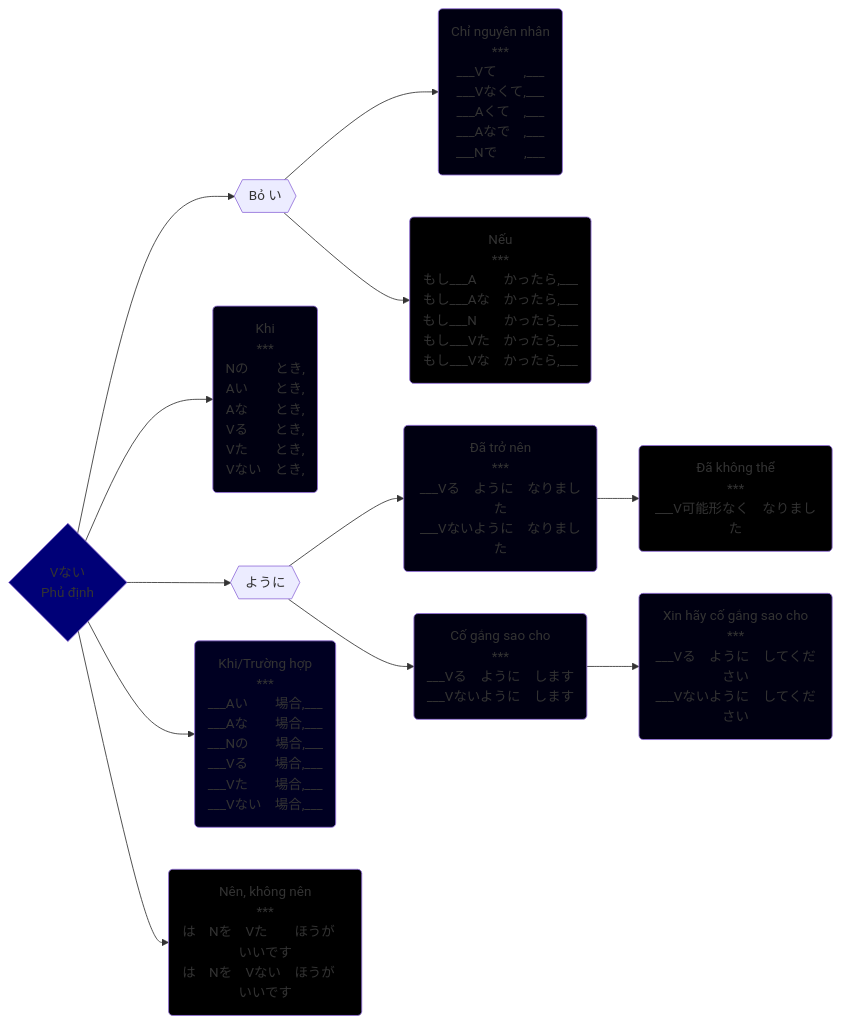
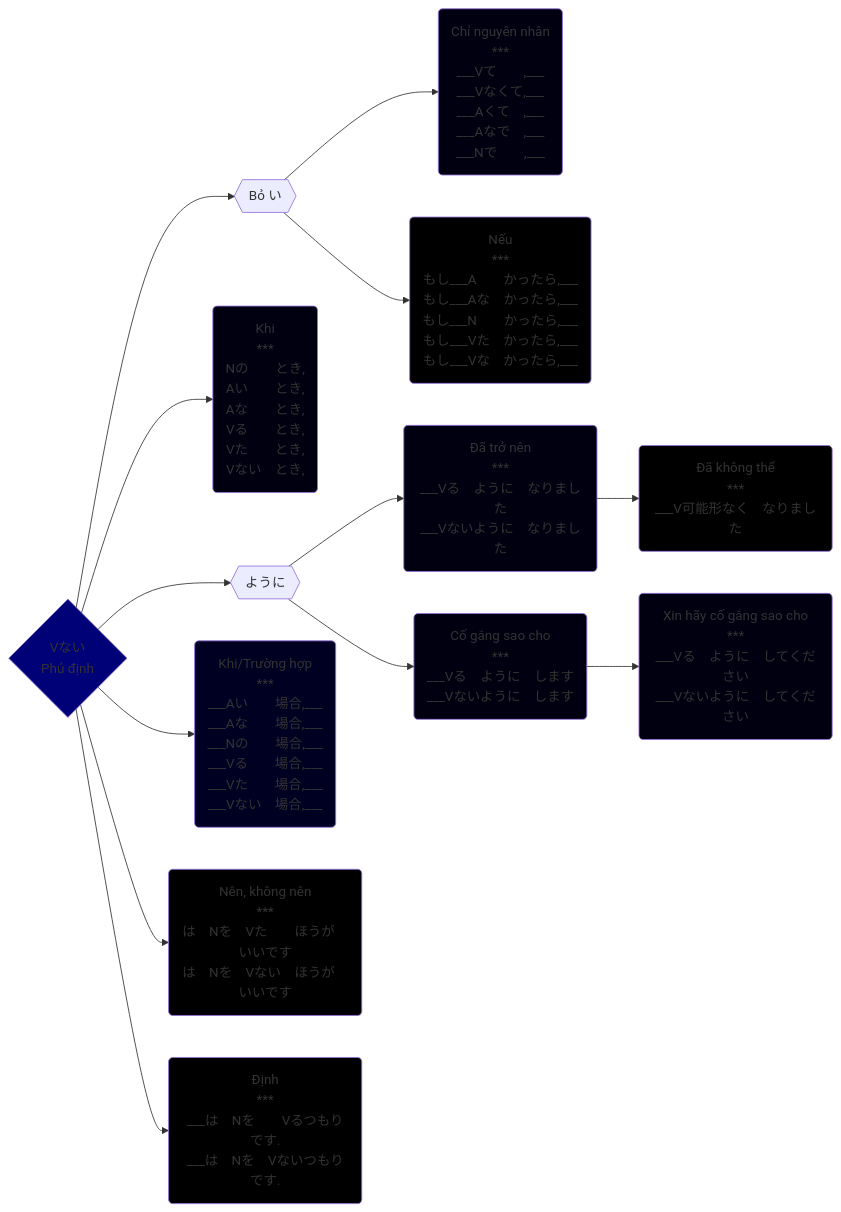
The diagram in The/未然形.md (tea1504/learn), drawn with Mermaid before and after one commit. The commit also changed 3 other files, not shown here.

````diff
--- a/The/未然形.md
+++ b/The/未然形.md
@@ -1,27 +1,29 @@
 ```mermaid
 graph LR;
     V{Vない\n Phủ định}
 
     V-->boI{{Bỏ い}}
     V-->khi(Khi\n***\nNの　　とき,\nAい　　とき,\nAな　　とき,\nVる　　とき,\nVた　　とき,\nVない　とき,)
     boI-->chiNguyenNhan(Chỉ nguyên nhân\n***\n___Vて　　,___\n___Vなくて,___\n___Aくて　,___\n___Aなで　,___\n___Nで　　,___)
     V-->youni{{ように}}
     youni-->daTroNen(Đã trở nên\n***\n___Vる　ように　なりました\n___Vないように　なりました)
     youni-->coGangSaoCho(Cố gắng sao cho\n***\n___Vる　ように　します\n___Vないように　します)
     coGangSaoCho-->xinHayCoGangSaoCho(Xin hãy cố gắng sao cho\n***\n___Vる　ように　してください\n___Vないように　してください)
     daTroNen-->daKhongThe(Đã không thể\n***\n___V可能形なく　なりました)
     V-->truongHop(Khi/Trường hợp\n***\n___Aい　　場合,___\n___Aな　　場合,___\n___Nの　　場合,___\n___Vる　　場合,___\n___Vた　　場合,___\n___Vない　場合,___)
     V-->nenKhongNen(Nên, không nên\n***\nは　Nを　Vた　　ほうが　いいです\nは　Nを　Vない　ほうが　いいです)
     boI-->neu(Nếu\n***\nもし___A　　かったら,___\nもし___Aな　かったら,___\nもし___N　　かったら,___\nもし___Vた　かったら,___\nもし___Vな　かったら,___)
+    V-->dinh(Định\n***\n___は　Nを　　Vるつもりです.\n___は　Nを　Vないつもりです.)
 
     style V fill:#007
     style chiNguyenNhan fill:#001
     style coGangSaoCho fill:#001
     style daKhongThe fill:#000
     style daTroNen fill:#001
     style khi fill:#001
     style nenKhongNen fill:#000
     style neu fill:#000
     style truongHop fill:#002
     style xinHayCoGangSaoCho fill:#001
+    style dinh fill:#000
 ```
````
